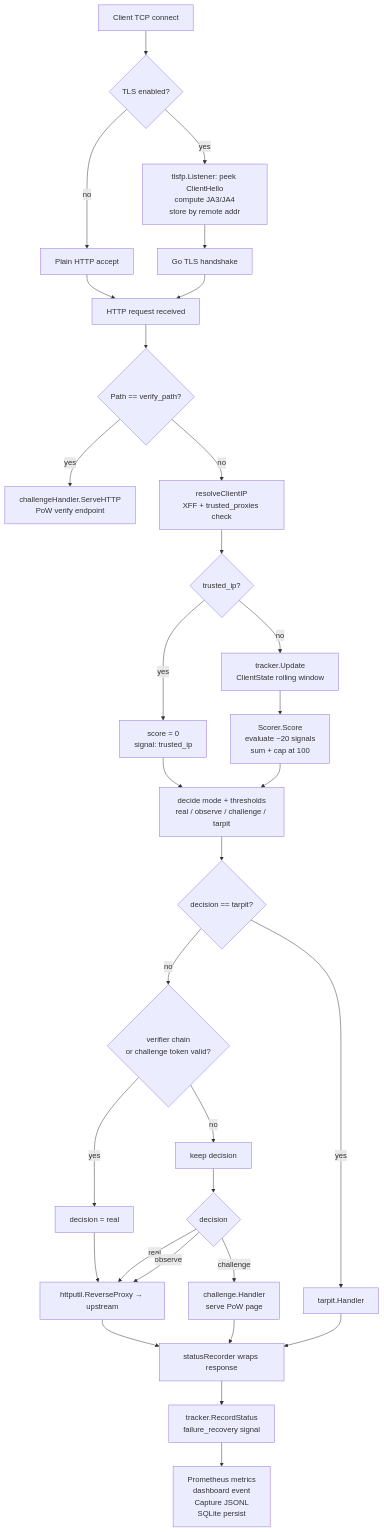
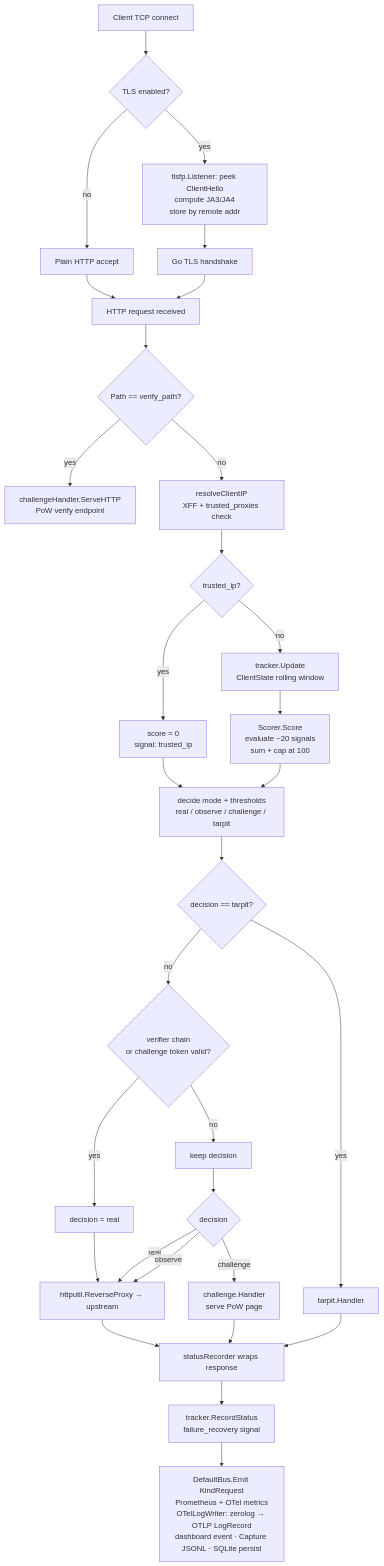
Before and after one commit to C0oki3s/veilgate: the diagram in docs/architecture/request-processing.md, drawn with Mermaid. The commit also changed other lines of this file and 5 other files, not shown here.

First line of the commit message:
docs: update for v1.1.4 and v1.1.5 — signals, OTel, scoring, request processing

````diff
--- a/docs/architecture/request-processing.md
+++ b/docs/architecture/request-processing.md
@@ -10,39 +10,39 @@
 ```mermaid
 flowchart TD
     A[Client TCP connect] --> B{TLS enabled?}
     B -- yes --> C[tlsfp.Listener: peek ClientHello\ncompute JA3/JA4\nstore by remote addr]
     B -- no --> D[Plain HTTP accept]
     C --> E[Go TLS handshake]
     D --> F
     E --> F[HTTP request received]
 
     F --> G{Path == verify_path?}
     G -- yes --> H[challengeHandler.ServeHTTP\nPoW verify endpoint]
     G -- no --> I[resolveClientIP\nXFF + trusted_proxies check]
 
     I --> J{trusted_ip?}
     J -- yes --> K[score = 0\nsignal: trusted_ip]
     J -- no --> L[tracker.Update\nClientState rolling window]
 
     L --> M[Scorer.Score\nevaluate ~20 signals\nsum + cap at 100]
     K --> N
     M --> N[decide mode + thresholds\nreal / observe / challenge / tarpit]
 
     N --> O{decision == tarpit?}
     O -- no --> P{verifier chain\nor challenge token valid?}
     P -- yes --> Q[decision = real]
     P -- no --> R[keep decision]
     O -- yes --> S[tarpit.Handler]
     Q --> T[httputil.ReverseProxy → upstream]
     R --> U{decision}
     U -- real --> T
     U -- observe --> T
     U -- challenge --> V[challenge.Handler\nserve PoW page]
 
     T --> W[statusRecorder wraps response]
     V --> W
     S --> W
 
     W --> X[tracker.RecordStatus\nfailure_recovery signal]
-    X --> Y[Prometheus metrics\ndashboard event\nCapture JSONL\nSQLite persist]
+    X --> Y[DefaultBus.Emit KindRequest\nPrometheus + OTel metrics\nOTelLogWriter: zerolog → OTLP LogRecord\ndashboard event · Capture JSONL · SQLite persist]
 ```
````
